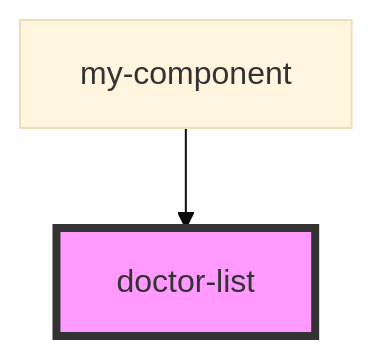
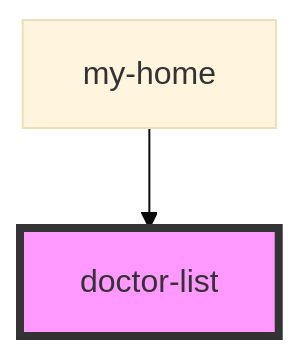
The diagram in src/components/doctor-list/readme.md (jayeshrahinj/Healthpro-Appointment), drawn with Mermaid (base theme) before and after one commit. The commit also changed other lines of this file and 158 other files, not shown here.

````diff
--- a/src/components/doctor-list/readme.md
+++ b/src/components/doctor-list/readme.md
@@ -15,5 +15,5 @@
 ```mermaid
 graph TD;
-  my-component --> doctor-list
+  my-home --> doctor-list
   style doctor-list fill:#f9f,stroke:#333,stroke-width:4px
 ```
````
